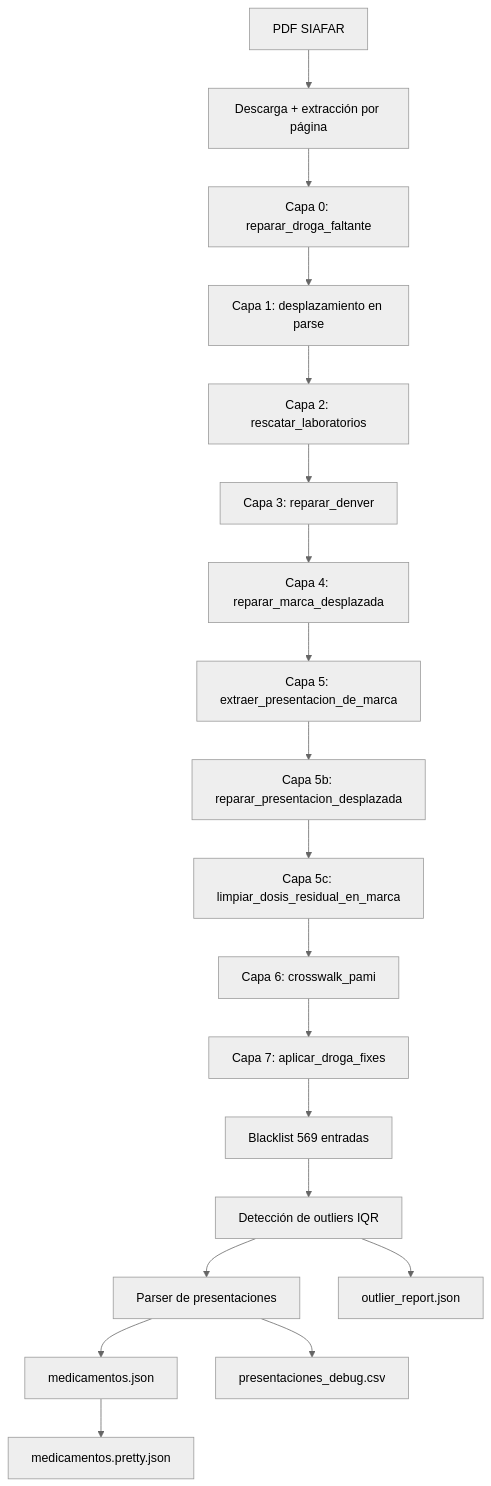
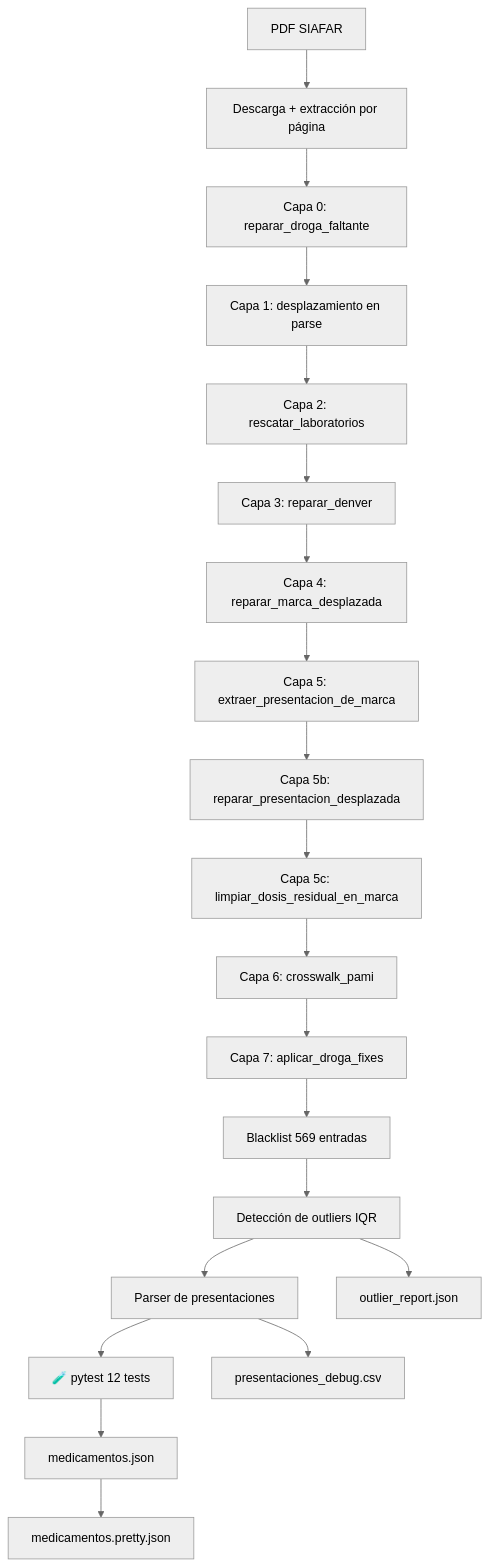
One commit to psbella/remediar changed the fourth of 9 diagrams in README.md. Above: the diagram before and after it, drawn with Mermaid (neutral theme). The commit also changed other lines of this file, not shown here.

First line of the commit message:
docs: health check tests and update README

````diff
--- a/README.md
+++ b/README.md
@@ -835,42 +878,44 @@
 ```mermaid
 flowchart TD
 
     A[PDF SIAFAR]
     B[Descarga + extracción por página]
     C0[Capa 0: reparar_droga_faltante]
     C1[Capa 1: desplazamiento en parse]
     C2[Capa 2: rescatar_laboratorios]
     C3[Capa 3: reparar_denver]
     C4[Capa 4: reparar_marca_desplazada]
     C5[Capa 5: extraer_presentacion_de_marca]
     C5B[Capa 5b: reparar_presentacion_desplazada]
     C5C[Capa 5c: limpiar_dosis_residual_en_marca]
     C6[Capa 6: crosswalk_pami]
     C7[Capa 7: aplicar_droga_fixes]
     BL[Blacklist 569 entradas]
     OUT[Detección de outliers IQR]
     PRES[Parser de presentaciones]
+    T[🧪 pytest 12 tests]
     JSON[medicamentos.json]
     PRETTY[medicamentos.pretty.json]
     DEBUG[presentaciones_debug.csv]
     REPORT[outlier_report.json]
 
     A --> B
     B --> C0
     C0 --> C1
     C1 --> C2
     C2 --> C3
     C3 --> C4
     C4 --> C5
     C5 --> C5B
     C5B --> C5C
     C5C --> C6
     C6 --> C7
     C7 --> BL
     BL --> OUT
     OUT --> PRES
-    PRES --> JSON
+    PRES --> T
+    T --> JSON
     JSON --> PRETTY
     PRES --> DEBUG
     OUT --> REPORT
 ```
````
